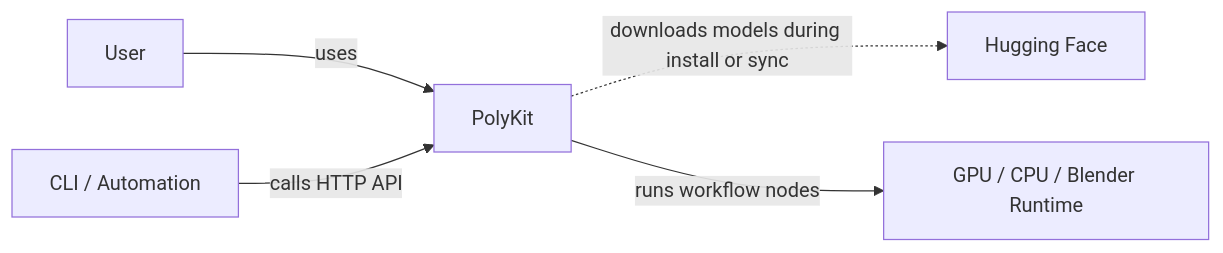
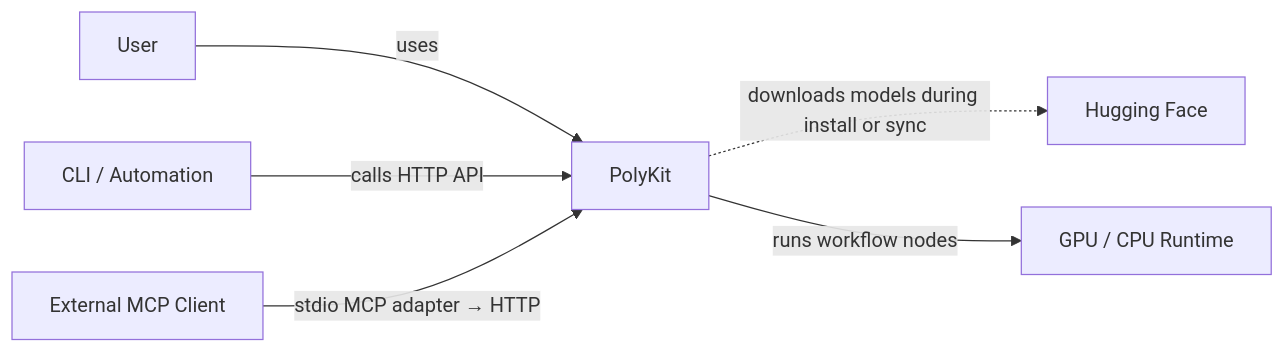
Before and after one commit to mousebar01/PolyKit: the first of 6 diagrams in docs/architecture.md, drawn with Mermaid. The commit also changed other lines of this file, not shown here.

Commit message:
docs: add MCP adapter to architecture boundary

````diff
--- a/docs/architecture.md
+++ b/docs/architecture.md
@@ -13,7 +15,8 @@
 ```mermaid
 flowchart LR
     User[User] -->|uses| PolyKit[PolyKit]
     Automation[CLI / Automation] -->|calls HTTP API| PolyKit
+    MCPClient[External MCP Client] -->|stdio MCP adapter → HTTP| PolyKit
     PolyKit -.->|downloads models during install or sync| HuggingFace[Hugging Face]
-    PolyKit -->|runs workflow nodes| Compute[GPU / CPU / Blender Runtime]
+    PolyKit -->|runs workflow nodes| Compute[GPU / CPU Runtime]
 ```
````
